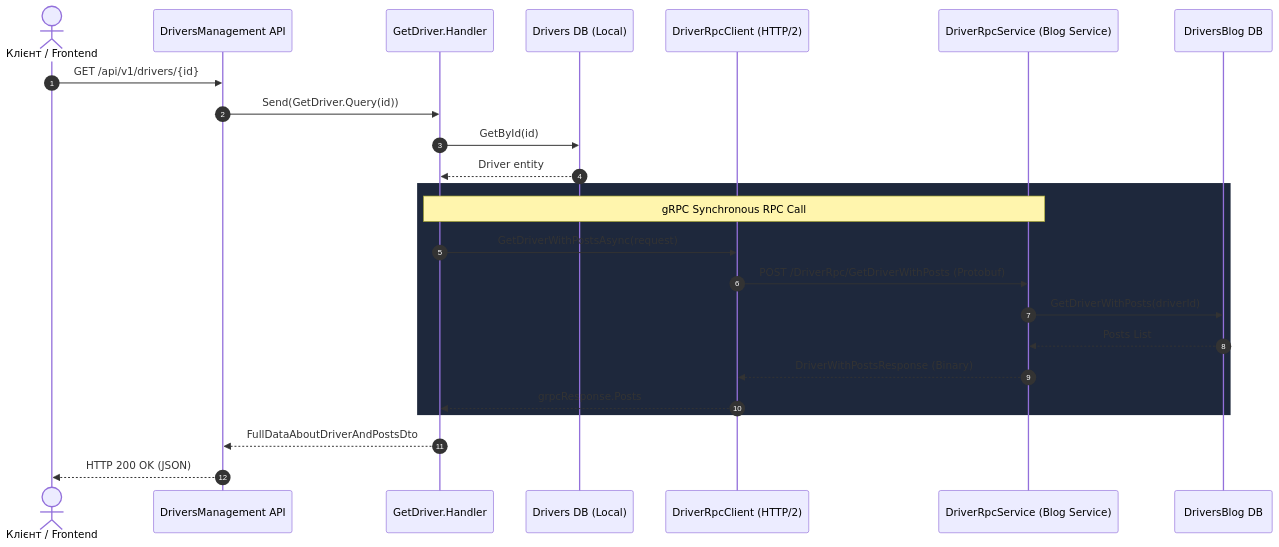
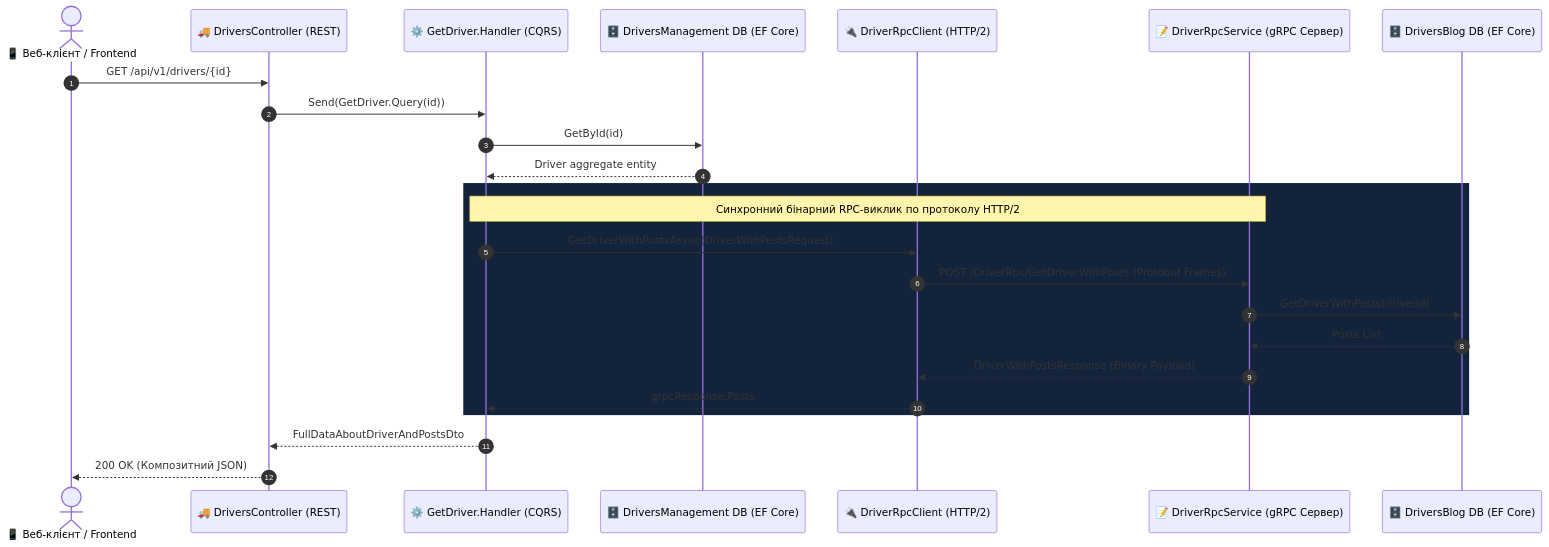
One commit to MrTomkaYurii/Demo-CargoDeliveryService changed the second of 3 diagrams in 02-Microservices-Craftsman/02-02-Communication-Documentation/03_Patterns_Synchronous_gRPC_Communication.md. Above: the diagram before and after it, drawn with Mermaid. The commit also changed other lines of this file and 33 other files, not shown here.

Commit message:
feat(communication): complete pedagogical communication guides (HTTP BFF Aggregator, gRPC, MassTransit) with deep diagrams, code buttons, and Ukrainian comments

````diff
--- a/02-Microservices-Craftsman/02-02-Communication-Documentation/03_Patterns_Synchronous_gRPC_Communication.md
+++ b/02-Microservices-Craftsman/02-02-Communication-Documentation/03_Patterns_Synchronous_gRPC_Communication.md
@@ -35,29 +71,33 @@
 ```mermaid
 sequenceDiagram
     autonumber
-    actor Client as Клієнт / Frontend
-    participant DM_API as DriversManagement API
-    participant MediatR as GetDriver.Handler
-    participant DB_Repo as Drivers DB (Local)
-    participant gRPC_Client as DriverRpcClient (HTTP/2)
-    participant Blog_gRPC as DriverRpcService (Blog Service)
-    participant Blog_DB as DriversBlog DB
+    actor Client as 📱 Веб-клієнт / Frontend
+    participant DM_API as 🚚 DriversController (REST)
+    participant MediatR as ⚙️ GetDriver.Handler (CQRS)
+    participant Local_DB as 🗄️ DriversManagement DB (EF Core)
+    participant gRPC_Client as 🔌 DriverRpcClient (HTTP/2)
+    participant Blog_Server as 📝 DriverRpcService (gRPC Сервер)
+    participant Blog_DB as 🗄️ DriversBlog DB (EF Core)
 
     Client->>DM_API: GET /api/v1/drivers/{id}
     DM_API->>MediatR: Send(GetDriver.Query(id))
-    MediatR->>DB_Repo: GetById(id)
-    DB_Repo-->>MediatR: Driver entity
     
-    rect rgb(30, 40, 60)
-        note over MediatR,Blog_gRPC: gRPC Synchronous RPC Call
-        MediatR->>gRPC_Client: GetDriverWithPostsAsync(request)
-        gRPC_Client->>Blog_gRPC: POST /DriverRpc/GetDriverWithPosts (Protobuf)
-        Blog_gRPC->>Blog_DB: GetDriverWithPosts(driverId)
-        Blog_DB-->>Blog_gRPC: Posts List
-        Blog_gRPC-->>gRPC_Client: DriverWithPostsResponse (Binary)
+    %% Локальне зчитування
+    MediatR->>Local_DB: GetById(id)
+    Local_DB-->>MediatR: Driver aggregate entity
+
+    %% Віддалений gRPC дзвінок
+    rect rgb(20, 35, 60)
+        note over MediatR,Blog_Server: Синхронний бінарний RPC-виклик по протоколу HTTP/2
+        MediatR->>gRPC_Client: GetDriverWithPostsAsync(DriverWithPostsRequest)
+        gRPC_Client->>Blog_Server: POST /DriverRpc/GetDriverWithPosts (Protobuf Frames)
+        Blog_Server->>Blog_DB: GetDriverWithPosts(driverId)
+        Blog_DB-->>Blog_Server: Posts List
+        Blog_Server-->>gRPC_Client: DriverWithPostsResponse (Binary Payload)
         gRPC_Client-->>MediatR: grpcResponse.Posts
     end
 
+    %% Відповідь клієнту
     MediatR-->>DM_API: FullDataAboutDriverAndPostsDto
-    DM_API-->>Client: HTTP 200 OK (JSON)
+    DM_API-->>Client: 200 OK (Композитний JSON)
 ```
````
